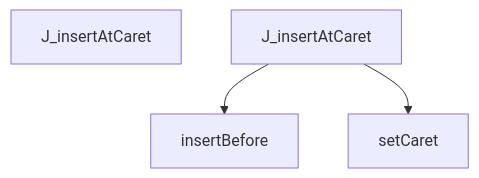
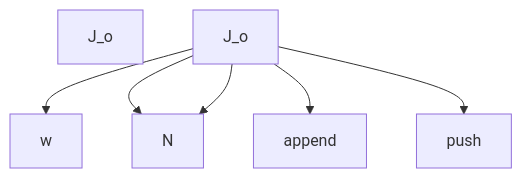
Diagram 18 of 27 in docs/DATA_FLOW.md (hazalkoom/DECODEx01), drawn with Mermaid before and after one commit. The commit also changed other lines of this file and 8 other files, not shown here.

````diff
--- a/docs/DATA_FLOW.md
+++ b/docs/DATA_FLOW.md
@@ -739,13 +635,25 @@
 ```mermaid
 graph TD
-    Start[J_insertAtCaret]
+    Start[J_o]
 
 
-    J_insertAtCaret --> insertBefore
+    J_o --> w
 
 
 
-    J_insertAtCaret --> setCaret
+    J_o --> N
+
+
+
+    J_o --> N
+
+
+
+    J_o --> append
+
+
+
+    J_o --> push
 
 
 ```
````
